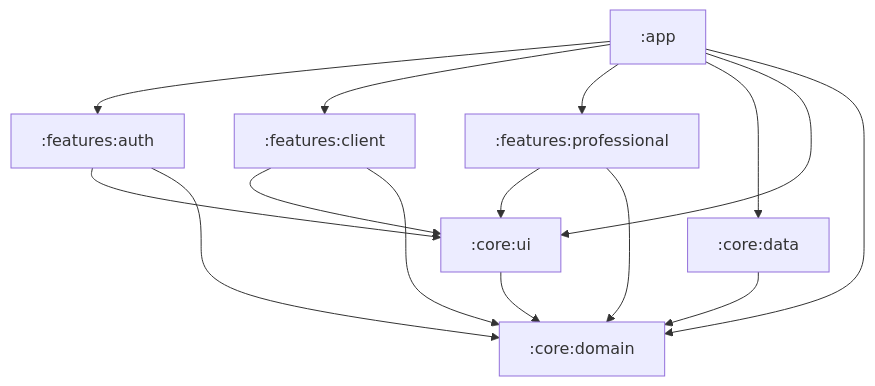
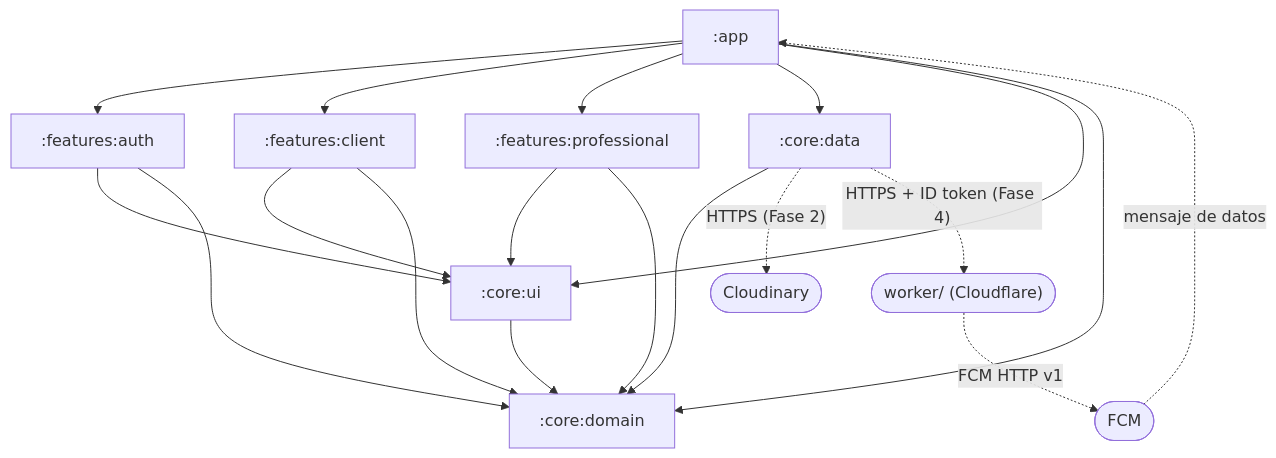
One commit to Gianluca-V/fixit changed the first of 5 diagrams in openspec/changes/fixit-mvp/design.md. Above: the diagram before and after it, drawn with Mermaid. The commit also changed other lines of this file and 7 other files, not shown here.

````diff
--- a/openspec/changes/fixit-mvp/design.md
+++ b/openspec/changes/fixit-mvp/design.md
@@ -25,17 +33,21 @@
 ```mermaid
 graph TD
     app[":app"] --> auth[":features:auth"]
     app --> client[":features:client"]
     app --> pro[":features:professional"]
     app --> data[":core:data"]
     app --> ui[":core:ui"]
     app --> domain[":core:domain"]
     auth --> ui
     client --> ui
     pro --> ui
     auth --> domain
     client --> domain
     pro --> domain
     ui --> domain
     data --> domain
+    data -. "HTTPS (Fase 2)" .-> cld(["Cloudinary"])
+    data -. "HTTPS + ID token (Fase 4)" .-> wk(["worker/ (Cloudflare)"])
+    wk -. "FCM HTTP v1" .-> fcm(["FCM"])
+    fcm -. "mensaje de datos" .-> app
 ```
````
